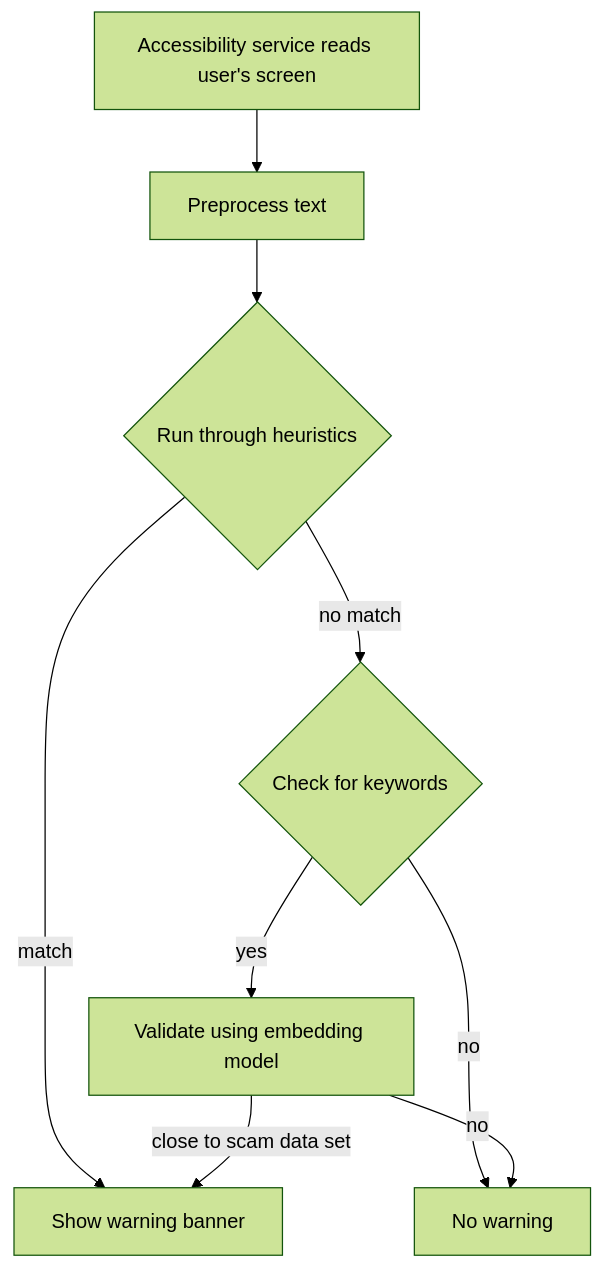
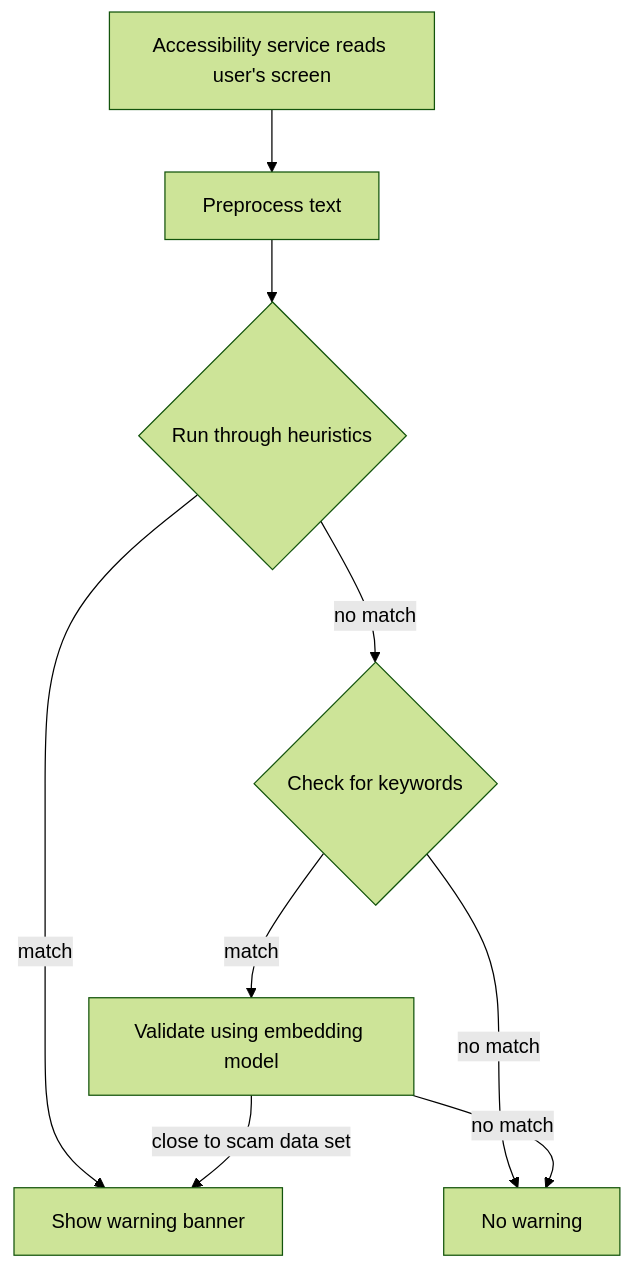
The diagram in README.md (Flesky/scam-guardian), drawn with Mermaid (forest theme) before and after one commit.

Commit message:
docs: label the diagram branches match and no match

````diff
--- a/README.md
+++ b/README.md
@@ -7,11 +7,11 @@
 ```mermaid
 flowchart TD
     A["Accessibility service reads user's screen"] --> B["Preprocess text"]
     B --> C{"Run through heuristics"}
     C -- match --> W["Show warning banner"]
     C -- no match --> D{"Check for keywords"}
-    D -- no --> N["No warning"]
-    D -- yes --> E["Validate using embedding model"]
+    D -- no match --> N["No warning"]
+    D -- match --> E["Validate using embedding model"]
     E -- close to scam data set --> W
-    E -- no --> N
+    E -- no match --> N
 ```
````
